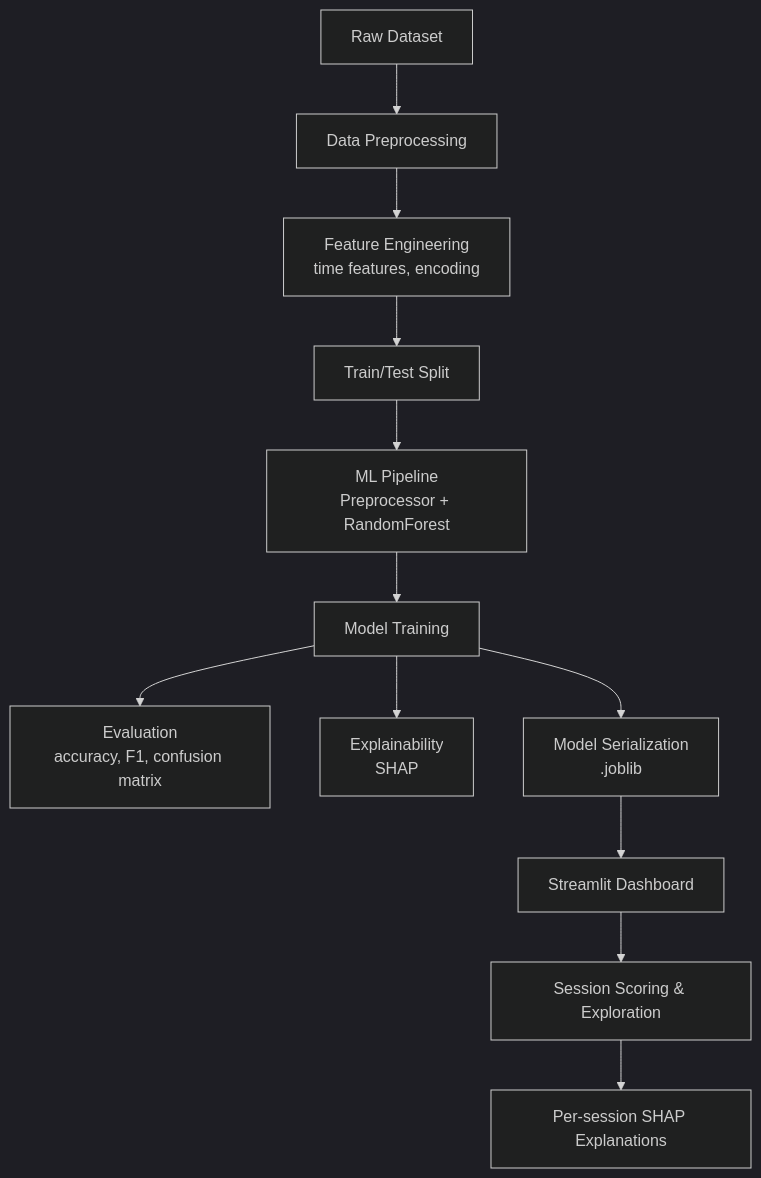
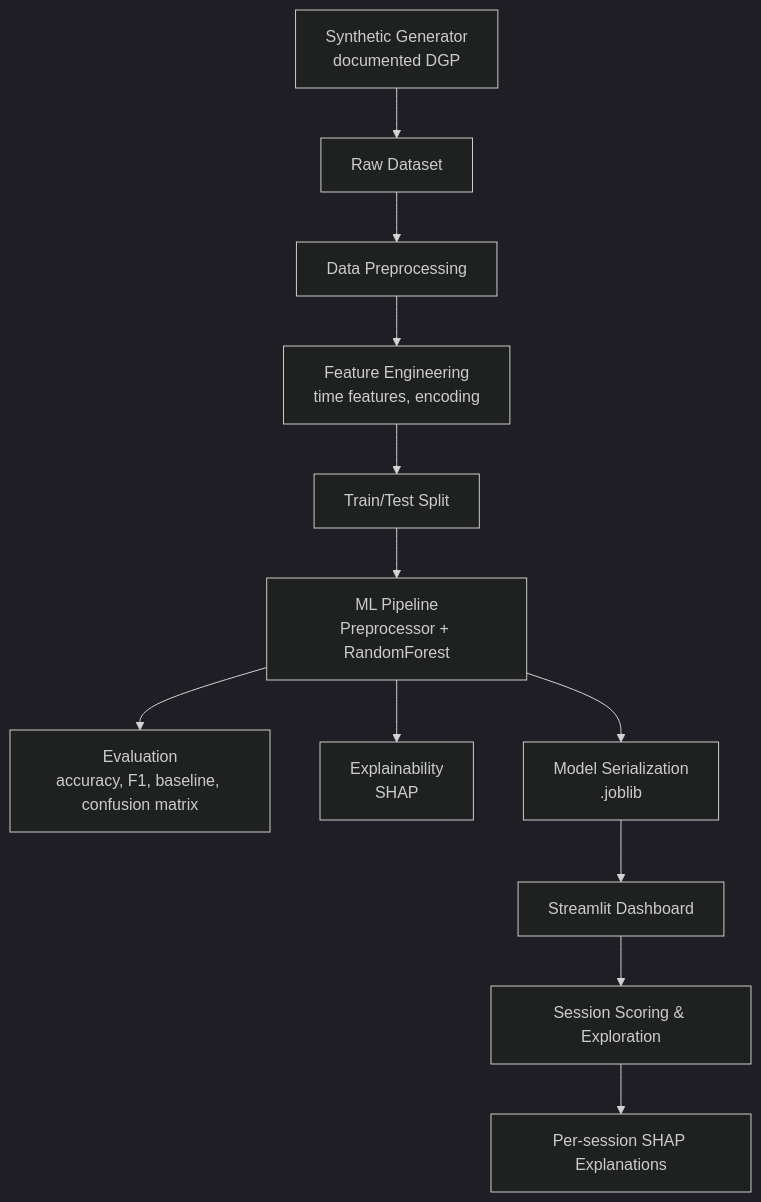
The diagram in README.md (AmirhosseinHonardoust/AI-Assistant-Satisfaction-Prediction-Engine), drawn with Mermaid (dark theme) before and after one commit. The commit also changed other lines of this file and 31 other files, not shown here.

````diff
--- a/README.md
+++ b/README.md
@@ -131,14 +135,14 @@
 ```mermaid
 flowchart TD
-    A[Raw Dataset] --> B[Data Preprocessing]
-    B --> C[Feature Engineering<br>time features, encoding]
-    C --> D[Train/Test Split]
-    D --> E[ML Pipeline<br>Preprocessor + RandomForest]
-    E --> F[Model Training]
-    F --> G[Evaluation<br>accuracy, F1, confusion matrix]
+    A[Synthetic Generator<br>documented DGP] --> B[Raw Dataset]
+    B --> C[Data Preprocessing]
+    C --> D[Feature Engineering<br>time features, encoding]
+    D --> E[Train/Test Split]
+    E --> F[ML Pipeline<br>Preprocessor + RandomForest]
+    F --> G[Evaluation<br>accuracy, F1, baseline, confusion matrix]
     F --> H[Explainability<br>SHAP]
     F --> I[Model Serialization<br>.joblib]
     I --> J[Streamlit Dashboard]
     J --> K[Session Scoring & Exploration]
     K --> L[Per-session SHAP Explanations]
 ```
````
